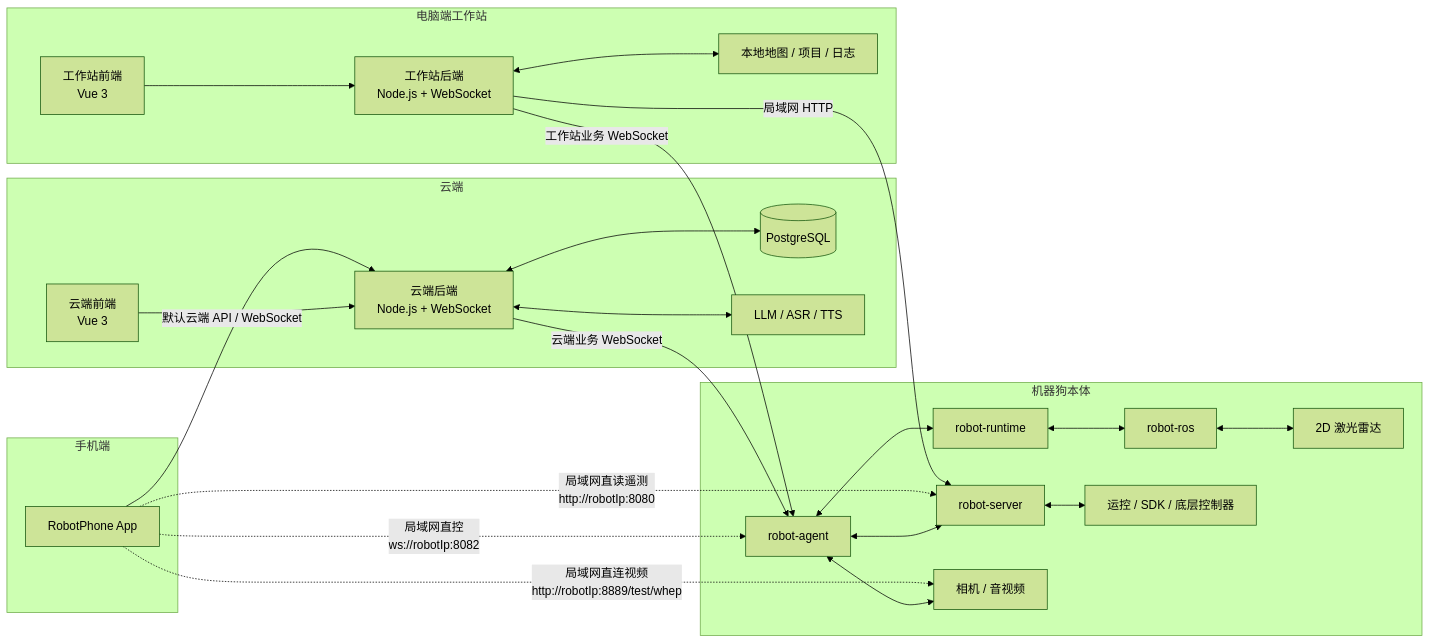
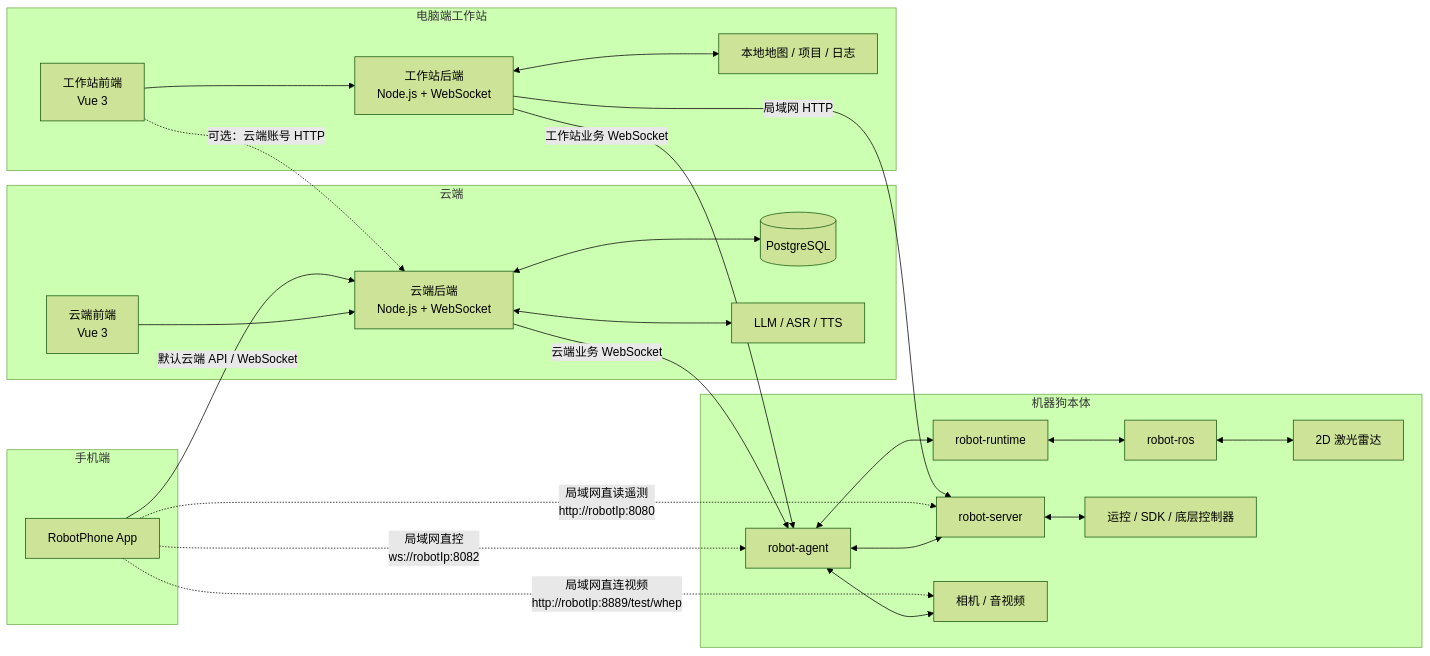
Before and after one commit to sakurakugu/robot-system: the first of 6 diagrams in docs/4. 全端链路流程图.md, drawn with Mermaid (forest theme). The commit also changed other lines of this file, not shown here.

Commit message:
新增: 新增电脑端安装包，更新机器狗端安装包安装和打包方式

````diff
--- a/docs/4. 全端链路流程图.md
+++ b/docs/4. 全端链路流程图.md
@@ -14,51 +14,52 @@
 ```mermaid
 flowchart LR
   subgraph 手机端
     phoneApp[RobotPhone App]
   end
 
   subgraph 电脑端工作站
     pcWeb[工作站前端<br/>Vue 3]
     pcApi[工作站后端<br/>Node.js + WebSocket]
     pcData[本地地图 / 项目 / 日志]
     pcWeb --> pcApi
     pcApi <--> pcData
   end
 
   subgraph 云端
     cloudWeb[云端前端<br/>Vue 3]
     cloudApi[云端后端<br/>Node.js + WebSocket]
     cloudDb[(PostgreSQL)]
     cloudAi[LLM / ASR / TTS]
     cloudWeb --> cloudApi
     cloudApi <--> cloudDb
     cloudApi <--> cloudAi
   end
 
   subgraph 机器狗本体
     agent[robot-agent]
     server[robot-server]
     runtime[robot-runtime]
     ros[robot-ros]
     dog[运控 / SDK / 底层控制器]
     lidar[2D 激光雷达]
     video[相机 / 音视频]
 
     agent <--> server
     agent <--> runtime
     runtime <--> ros
     server <--> dog
     ros <--> lidar
     agent <--> video
   end
 
   phoneApp -->|默认云端 API / WebSocket| cloudApi
   phoneApp -.->|局域网直控<br/>ws://robotIp:8082| agent
   phoneApp -.->|局域网直读遥测<br/>http://robotIp:8080| server
   phoneApp -.->|局域网直连视频<br/>http://robotIp:8889/test/whep| video
 
   pcApi -->|局域网 HTTP| server
   pcApi -->|工作站业务 WebSocket| agent
+  pcWeb -.->|可选：云端账号 HTTP| cloudApi
 
   cloudApi -->|云端业务 WebSocket| agent
 ```
````
